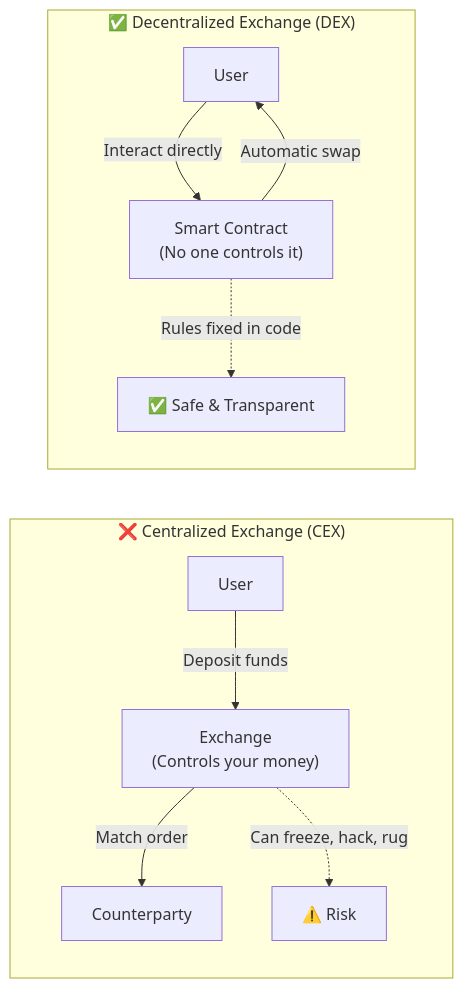
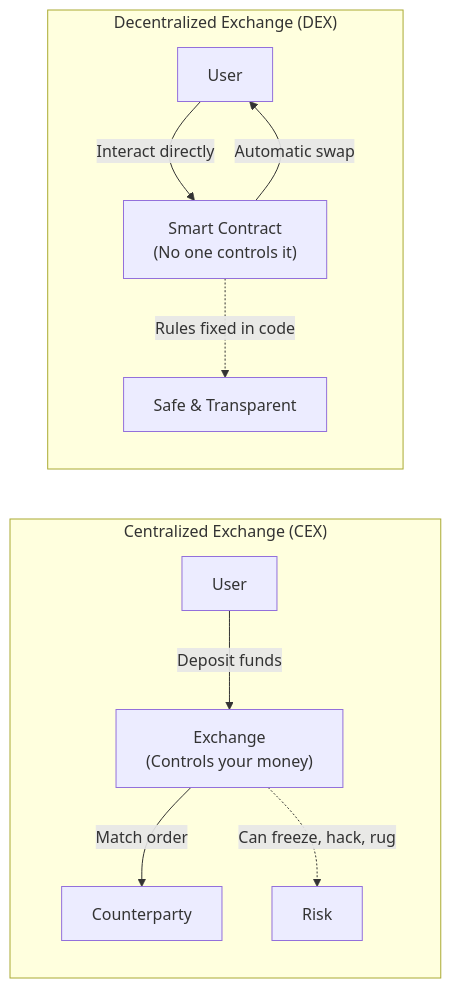
One commit to sohansarkar07/simple-dex-swap-liquidity- changed the second of 8 diagrams in README.md. Above: the diagram before and after it, drawn with Mermaid. The commit also changed other lines of this file, not shown here.

````diff
--- a/README.md
+++ b/README.md
@@ -83,14 +83,14 @@
 ```mermaid
 graph LR
-    subgraph CEX ["❌ Centralized Exchange (CEX)"]
+    subgraph CEX ["Centralized Exchange (CEX)"]
         U1["User"] -->|"Deposit funds"| E["Exchange\n(Controls your money)"]
         E -->|"Match order"| U2["Counterparty"]
-        E -.->|"Can freeze, hack, rug"| X["⚠️ Risk"]
+        E -.->|"Can freeze, hack, rug"| X["Risk"]
     end
 
-    subgraph DEX ["✅ Decentralized Exchange (DEX)"]
+    subgraph DEX ["Decentralized Exchange (DEX)"]
         U3["User"] -->|"Interact directly"| SC["Smart Contract\n(No one controls it)"]
         SC -->|"Automatic swap"| U3
-        SC -.->|"Rules fixed in code"| S["✅ Safe & Transparent"]
+        SC -.->|"Rules fixed in code"| S["Safe & Transparent"]
     end
 ```
````
